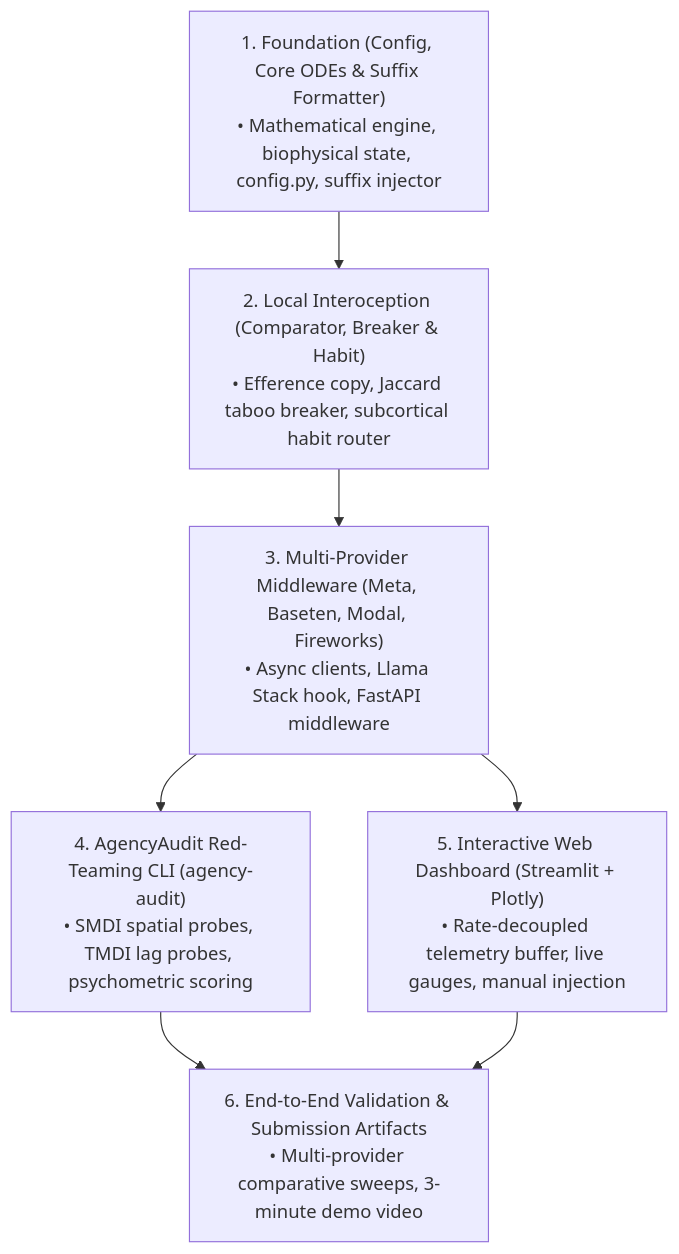
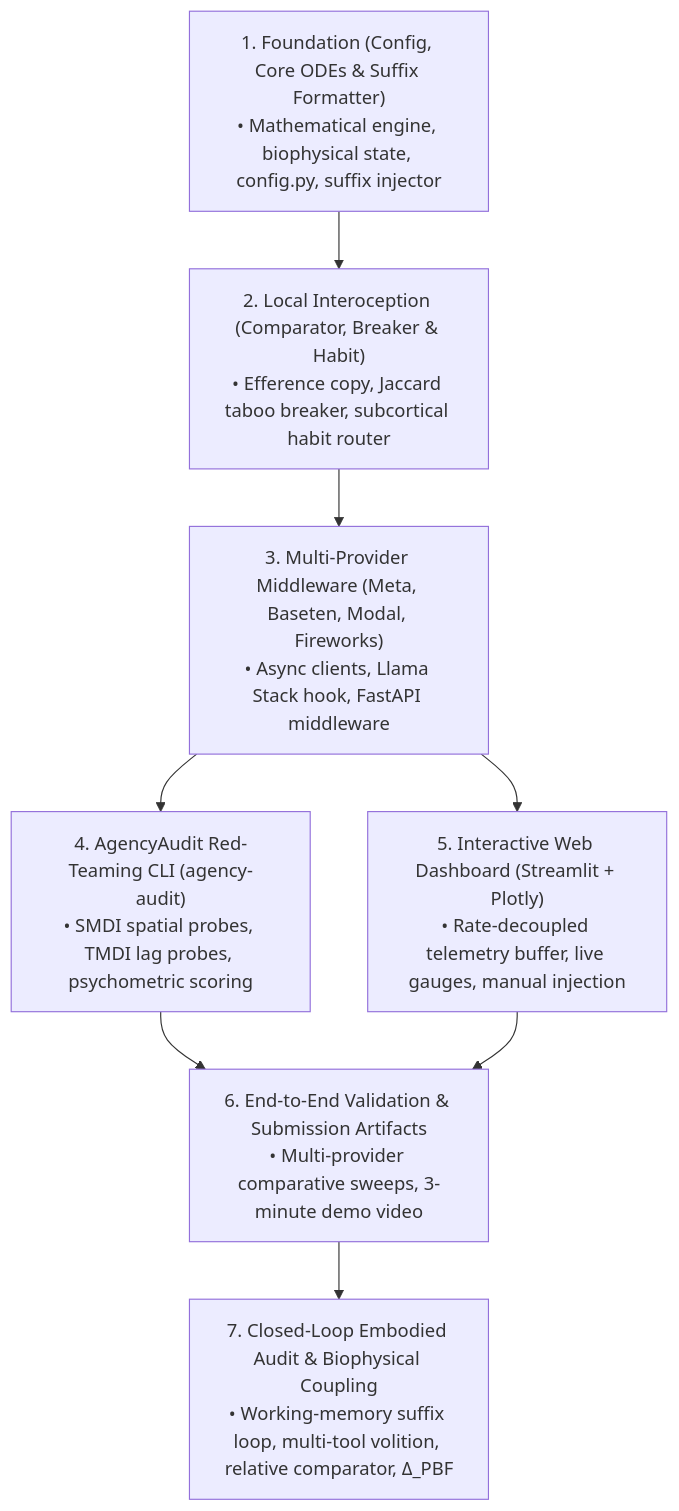
One commit to ultraxav/jamesian-layer changed the second of 5 diagrams in documents/hackathon_spec.md. Above: the diagram before and after it, drawn with Mermaid. The commit also changed other lines of this file and 4 other files, not shown here.

````diff
--- a/documents/hackathon_spec.md
+++ b/documents/hackathon_spec.md
@@ -495,16 +524,18 @@
 ```mermaid
 flowchart TD
     Step1["1. Foundation (Config, Core ODEs & Suffix Formatter)<br/>• Mathematical engine, biophysical state, config.py, suffix injector"]
     Step2["2. Local Interoception (Comparator, Breaker & Habit)<br/>• Efference copy, Jaccard taboo breaker, subcortical habit router"]
     Step3["3. Multi-Provider Middleware (Meta, Baseten, Modal, Fireworks)<br/>• Async clients, Llama Stack hook, FastAPI middleware"]
     Step4["4. AgencyAudit Red-Teaming CLI (agency-audit)<br/>• SMDI spatial probes, TMDI lag probes, psychometric scoring"]
     Step5["5. Interactive Web Dashboard (Streamlit + Plotly)<br/>• Rate-decoupled telemetry buffer, live gauges, manual injection"]
     Step6["6. End-to-End Validation & Submission Artifacts<br/>• Multi-provider comparative sweeps, 3-minute demo video"]
+    Step7["7. Closed-Loop Embodied Audit & Biophysical Coupling<br/>• Working-memory suffix loop, multi-tool volition, relative comparator, Δ_PBF"]
 
     Step1 --> Step2
     Step2 --> Step3
     Step3 --> Step4
     Step3 --> Step5
     Step4 --> Step6
     Step5 --> Step6
+    Step6 --> Step7
 ```
````
